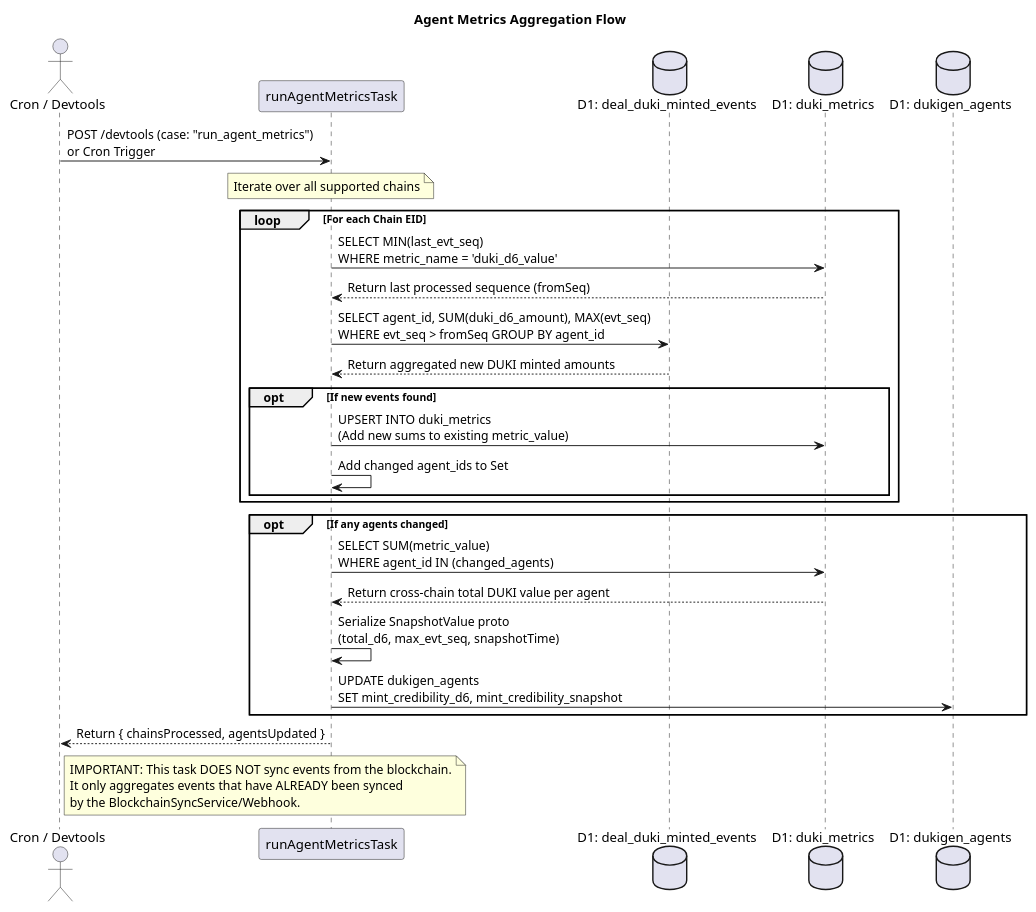
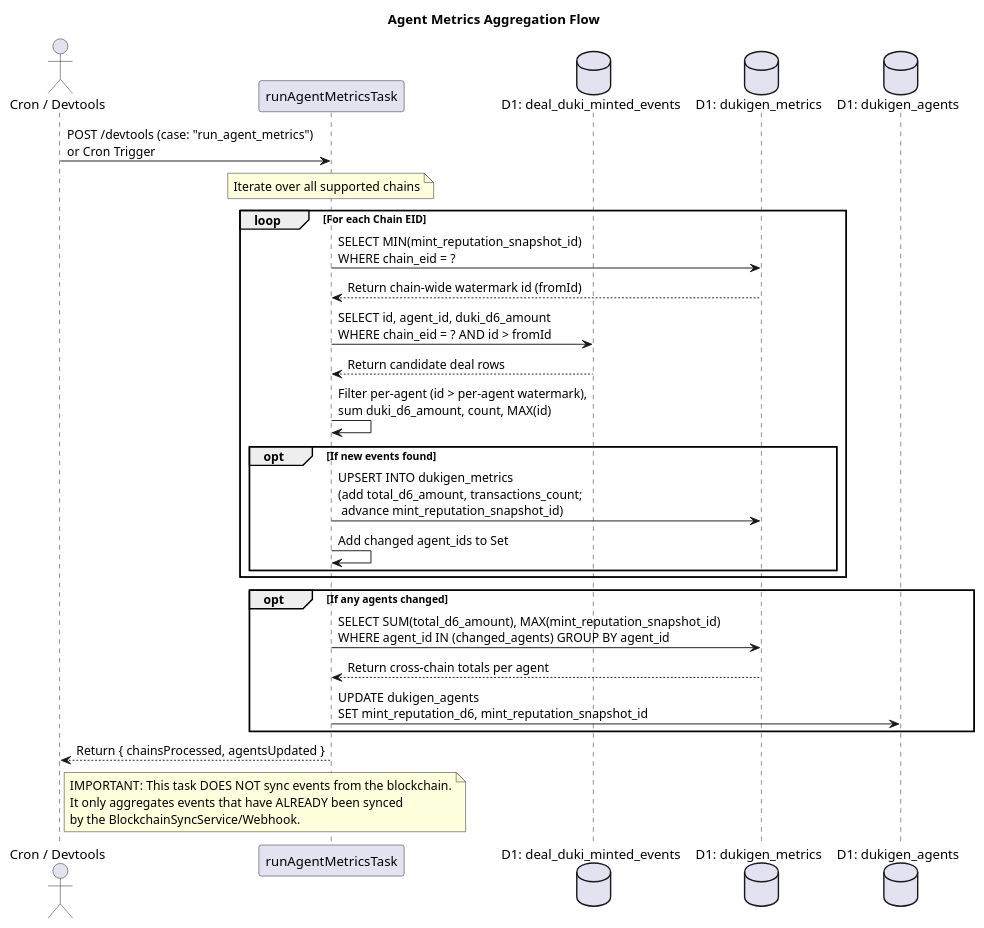
Before and after one commit to ALMworld/DukerNews: the diagram in apps/worker-dukiregistry-api/agent_metrics.puml, drawn with PlantUML. The commit also changed 26 other files, not shown here.

```diff
--- a/apps/worker-dukiregistry-api/agent_metrics.puml
+++ b/apps/worker-dukiregistry-api/agent_metrics.puml
@@ -1,47 +1,47 @@
 @startuml agent_metrics
 
 title Agent Metrics Aggregation Flow
 
 actor "Cron / Devtools" as Caller
 participant "runAgentMetricsTask" as Task
 database "D1: deal_duki_minted_events" as EventsDB
-database "D1: duki_metrics" as MetricsDB
+database "D1: dukigen_metrics" as MetricsDB
 database "D1: dukigen_agents" as AgentsDB
 
 Caller -> Task: POST /devtools (case: "run_agent_metrics")\nor Cron Trigger
 
 note over Task
   Iterate over all supported chains
 end note
 
 loop For each Chain EID
-    Task -> MetricsDB: SELECT MIN(last_evt_seq) \nWHERE metric_name = 'duki_d6_value'
-    MetricsDB --> Task: Return last processed sequence (fromSeq)
-    
-    Task -> EventsDB: SELECT agent_id, SUM(duki_d6_amount), MAX(evt_seq) \nWHERE evt_seq > fromSeq GROUP BY agent_id
-    EventsDB --> Task: Return aggregated new DUKI minted amounts
-    
+    Task -> MetricsDB: SELECT MIN(mint_reputation_snapshot_id) \nWHERE chain_eid = ?
+    MetricsDB --> Task: Return chain-wide watermark id (fromId)
+
+    Task -> EventsDB: SELECT id, agent_id, duki_d6_amount \nWHERE chain_eid = ? AND id > fromId
+    EventsDB --> Task: Return candidate deal rows
+
+    Task -> Task: Filter per-agent (id > per-agent watermark),\nsum duki_d6_amount, count, MAX(id)
+
     opt If new events found
-        Task -> MetricsDB: UPSERT INTO duki_metrics \n(Add new sums to existing metric_value)
+        Task -> MetricsDB: UPSERT INTO dukigen_metrics \n(add total_d6_amount, transactions_count;\n advance mint_reputation_snapshot_id)
         Task -> Task: Add changed agent_ids to Set
     end
 end
 
 opt If any agents changed
-    Task -> MetricsDB: SELECT SUM(metric_value) \nWHERE agent_id IN (changed_agents)
-    MetricsDB --> Task: Return cross-chain total DUKI value per agent
-    
-    Task -> Task: Serialize SnapshotValue proto\n(total_d6, max_evt_seq, snapshotTime)
-    
-    Task -> AgentsDB: UPDATE dukigen_agents \nSET mint_credibility_d6, mint_credibility_snapshot
+    Task -> MetricsDB: SELECT SUM(total_d6_amount), MAX(mint_reputation_snapshot_id) \nWHERE agent_id IN (changed_agents) GROUP BY agent_id
+    MetricsDB --> Task: Return cross-chain totals per agent
+
+    Task -> AgentsDB: UPDATE dukigen_agents \nSET mint_reputation_d6, mint_reputation_snapshot_id
 end
 
 Task --> Caller: Return { chainsProcessed, agentsUpdated }
 
 note right of Caller
   IMPORTANT: This task DOES NOT sync events from the blockchain.
-  It only aggregates events that have ALREADY been synced 
+  It only aggregates events that have ALREADY been synced
   by the BlockchainSyncService/Webhook.
 end note
 
 @enduml
```
